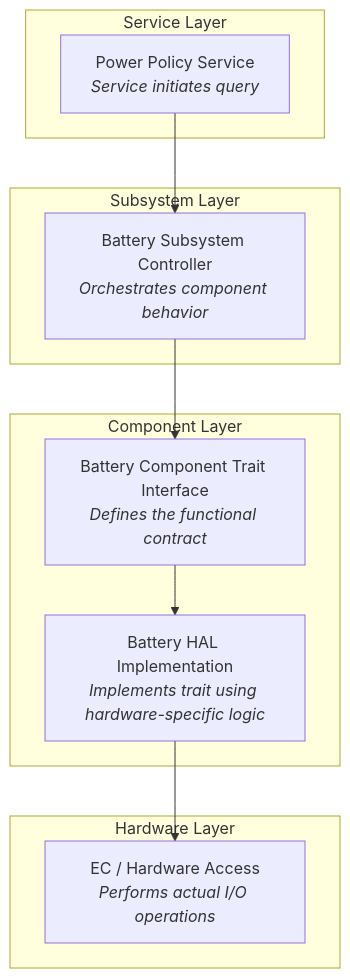
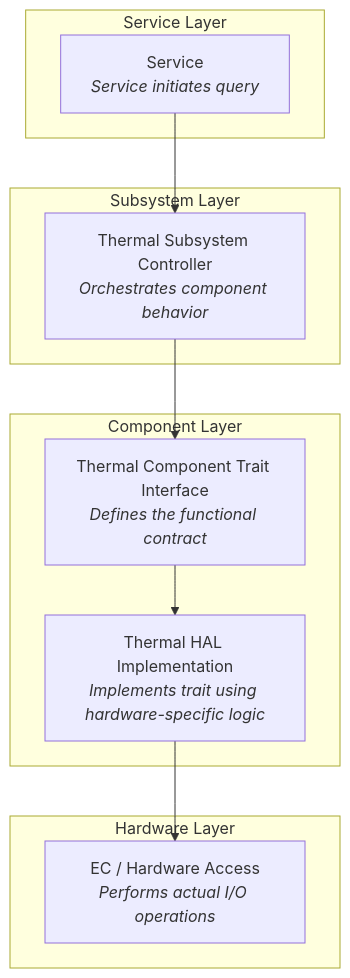
Before and after one commit to tremho/odp-documentation: the diagram in guide_book/src/how/ec/thermal/4-diagrams.md, drawn with Mermaid. The commit also changed other lines of this file and 43 other files, not shown here.

````diff
--- a/guide_book/src/how/ec/thermal/4-diagrams.md
+++ b/guide_book/src/how/ec/thermal/4-diagrams.md
@@ -7,30 +9,30 @@
 ```mermaid
 flowchart TD
-    A[Power Policy Service<br><i>Service initiates query</i>]
-    B[Battery Subsystem Controller<br><i>Orchestrates component behavior</i>]
-    C[Battery Component Trait Interface<br><i>Defines the functional contract</i>]
-    D[Battery HAL Implementation<br><i>Implements trait using hardware-specific logic</i>]
+    A[Service<br><i>Service initiates query</i>]
+    B[Thermal Subsystem Controller<br><i>Orchestrates component behavior</i>]
+    C[Thermal Component Trait Interface<br><i>Defines the functional contract</i>]
+    D[Thermal HAL Implementation<br><i>Implements trait using hardware-specific logic</i>]
     E[EC / Hardware Access<br><i>Performs actual I/O operations</i>]
 
     A --> B
     B --> C
     C --> D
     D --> E
 
     subgraph Service Layer
         A
     end
 
     subgraph Subsystem Layer
         B
     end
 
     subgraph Component Layer
         C
         D
     end
 
     subgraph Hardware Layer
         E
     end
 ```
````
